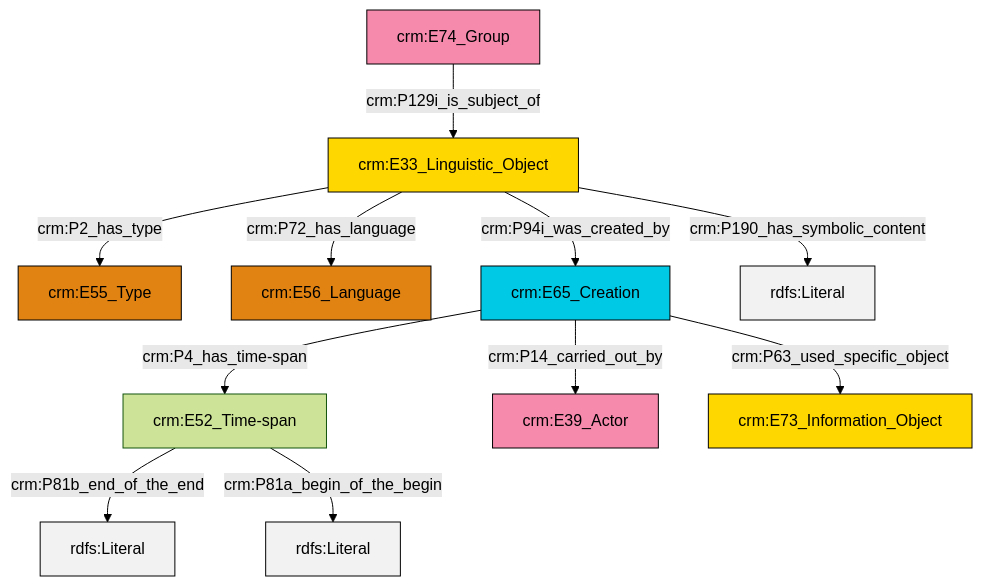
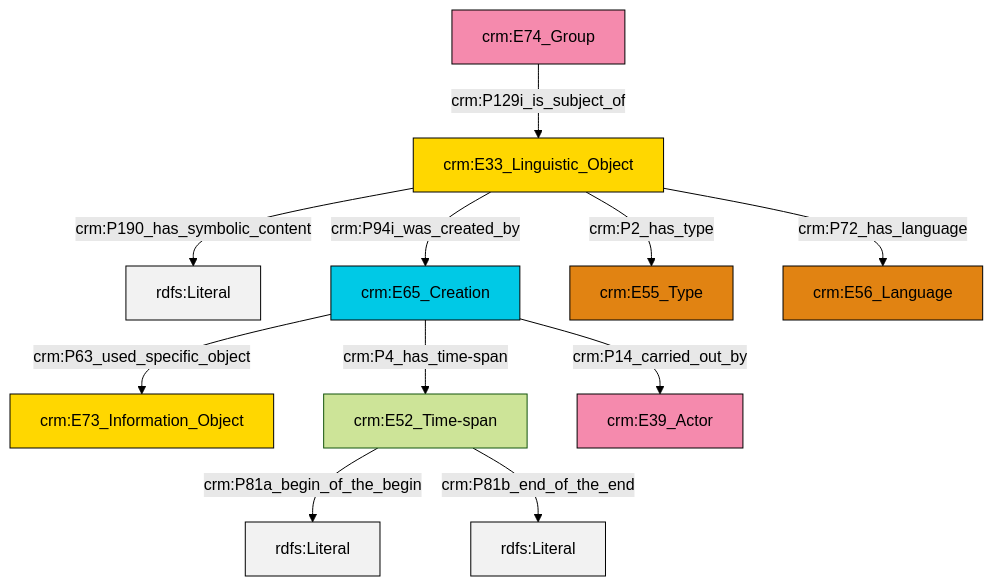
One commit to swiss-art-research-net/docs.swissartresearch changed the diagram in et/groupCSV/ttl/mmd/group_description.ttl.mmd. Above: the diagram before and after it, drawn with Mermaid (forest theme). The commit also changed 177 other files, not shown here.

```diff
--- a/et/groupCSV/ttl/mmd/group_description.ttl.mmd
+++ b/et/groupCSV/ttl/mmd/group_description.ttl.mmd
@@ -1,25 +1,25 @@
 graph TD
 classDef Literal fill:#f2f2f2,stroke:#000000;
 classDef CRM_Entity fill:#FFFFFF,stroke:#000000;
 classDef Temporal_Entity fill:#00C9E6, stroke:#000000;
 classDef Type fill:#E18312, stroke:#000000;
 classDef Time-Span fill:#2C9C91, stroke:#000000;
 classDef Appellation fill:#FFEB7F, stroke:#000000;
 classDef Place fill:#008836, stroke:#000000;
 classDef Persistent_Item fill:#B266B2, stroke:#000000;
 classDef Conceptual_Object fill:#FFD700, stroke:#000000;
 classDef Physical_Thing fill:#D2B48C, stroke:#000000;
 classDef Actor fill:#f58aad, stroke:#000000;
 classDef PC_Classes fill:#4ce600, stroke:#000000;
 classDef Multi fill:#cccccc,stroke:#000000;
 
-0["crm:E33_Linguistic_Object"]:::Conceptual_Object -->|crm:P2_has_type| 1["crm:E55_Type"]:::Type
-0["crm:E33_Linguistic_Object"]:::Conceptual_Object -->|crm:P72_has_language| 4["crm:E56_Language"]:::Type
-5["crm:E74_Group"]:::Actor -->|crm:P129i_is_subject_of| 0["crm:E33_Linguistic_Object"]:::Conceptual_Object
-0["crm:E33_Linguistic_Object"]:::Conceptual_Object -->|crm:P94i_was_created_by| 9["crm:E65_Creation"]:::Temporal_Entity
-9["crm:E65_Creation"]:::Temporal_Entity -->|crm:P63_used_specific_object| 10["crm:E73_Information_Object"]:::Conceptual_Object
-2["crm:E52_Time-span"]:::Default -->|crm:P81b_end_of_the_end| 13[rdfs:Literal]:::Literal
-2["crm:E52_Time-span"]:::Default -->|crm:P81a_begin_of_the_begin| 14[rdfs:Literal]:::Literal
-0["crm:E33_Linguistic_Object"]:::Conceptual_Object -->|crm:P190_has_symbolic_content| 17[rdfs:Literal]:::Literal
-9["crm:E65_Creation"]:::Temporal_Entity -->|crm:P14_carried_out_by| 7["crm:E39_Actor"]:::Actor
-9["crm:E65_Creation"]:::Temporal_Entity -->|crm:P4_has_time-span| 2["crm:E52_Time-span"]:::Default
+2["crm:E33_Linguistic_Object"]:::Conceptual_Object -->|crm:P190_has_symbolic_content| 3[rdfs:Literal]:::Literal
+4["crm:E74_Group"]:::Actor -->|crm:P129i_is_subject_of| 2["crm:E33_Linguistic_Object"]:::Conceptual_Object
+5["crm:E65_Creation"]:::Temporal_Entity -->|crm:P4_has_time-span| 6["crm:E52_Time-span"]:::Default
+6["crm:E52_Time-span"]:::Default -->|crm:P81a_begin_of_the_begin| 9[rdfs:Literal]:::Literal
+2["crm:E33_Linguistic_Object"]:::Conceptual_Object -->|crm:P2_has_type| 13["crm:E55_Type"]:::Type
+6["crm:E52_Time-span"]:::Default -->|crm:P81b_end_of_the_end| 14[rdfs:Literal]:::Literal
+5["crm:E65_Creation"]:::Temporal_Entity -->|crm:P63_used_specific_object| 0["crm:E73_Information_Object"]:::Conceptual_Object
+2["crm:E33_Linguistic_Object"]:::Conceptual_Object -->|crm:P72_has_language| 16["crm:E56_Language"]:::Type
+2["crm:E33_Linguistic_Object"]:::Conceptual_Object -->|crm:P94i_was_created_by| 5["crm:E65_Creation"]:::Temporal_Entity
+5["crm:E65_Creation"]:::Temporal_Entity -->|crm:P14_carried_out_by| 11["crm:E39_Actor"]:::Actor
```
